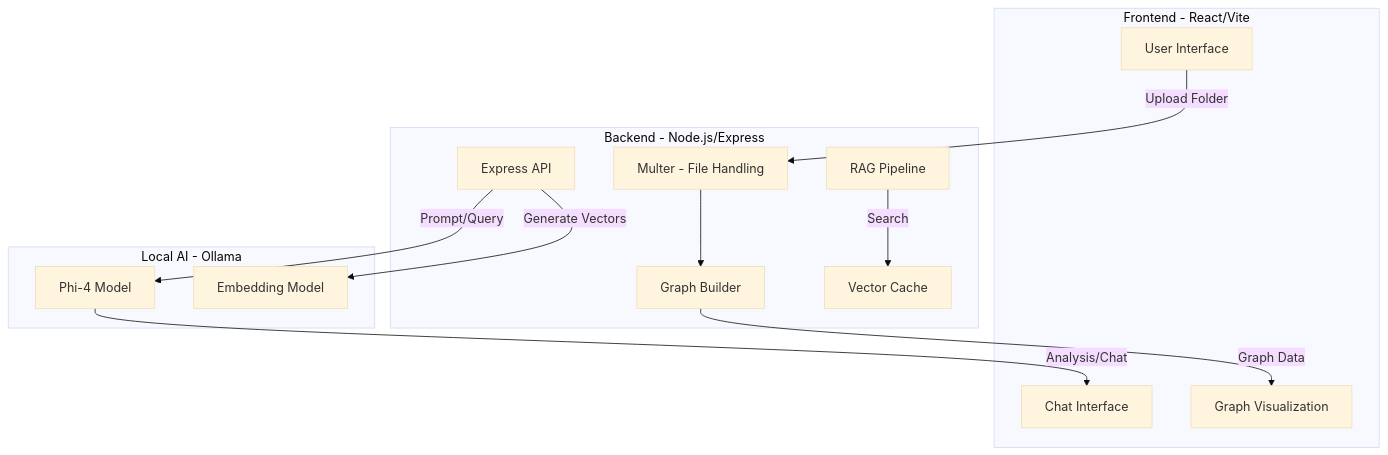
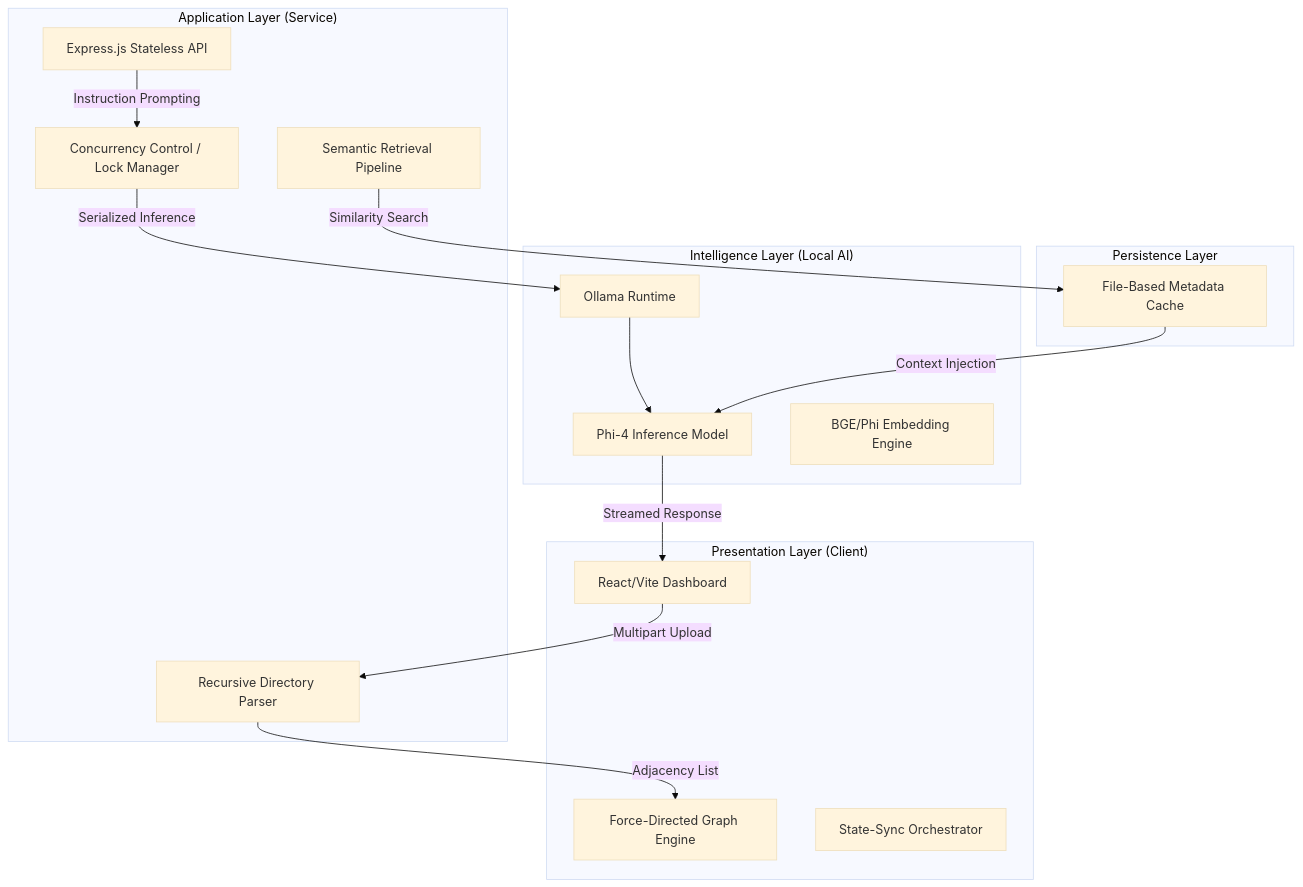
Before and after one commit to peeyush1278/File-to-Graph: the diagram in README.md, drawn with Mermaid (base theme). The commit also changed other lines of this file and 2 other files, not shown here.

Commit message:
docs: upgrade README with advanced architecture and technical implementation details

````diff
--- a/README.md
+++ b/README.md
@@ -21,29 +13,35 @@
 ```mermaid
 graph TD
-    subgraph Frontend [Frontend - React/Vite]
-        UI[User Interface]
-        GV[Graph Visualization]
-        CH[Chat Interface]
+    subgraph "Presentation Layer (Client)"
+        UI[React/Vite Dashboard]
+        FDG[Force-Directed Graph Engine]
+        SOC[State-Sync Orchestrator]
     end
 
-    subgraph Backend [Backend - Node.js/Express]
-        API[Express API]
-        MU[Multer - File Handling]
-        GB[Graph Builder]
-        RP[RAG Pipeline]
-        VC[Vector Cache]
+    subgraph "Application Layer (Service)"
+        API[Express.js Stateless API]
+        MUTEX[Concurrency Control / Lock Manager]
+        RAG[Semantic Retrieval Pipeline]
+        PARSER[Recursive Directory Parser]
     end
 
-    subgraph AI [Local AI - Ollama]
-        PM[Phi-4 Model]
-        EM[Embedding Model]
+    subgraph "Intelligence Layer (Local AI)"
+        OLLAMA[Ollama Runtime]
+        PHI4[Phi-4 Inference Model]
+        EMB[BGE/Phi Embedding Engine]
     end
 
-    UI -->|Upload Folder| MU
-    MU --> GB
-    GB -->|Graph Data| GV
-    API -->|Prompt/Query| PM
-    API -->|Generate Vectors| EM
-    RP -->|Search| VC
-    PM -->|Analysis/Chat| CH
+    subgraph "Persistence Layer"
+        CACHE[File-Based Metadata Cache]
+    end
+
+    %% Data Flows
+    UI -->|Multipart Upload| PARSER
+    PARSER -->|Adjacency List| FDG
+    API -->|Instruction Prompting| MUTEX
+    MUTEX -->|Serialized Inference| OLLAMA
+    OLLAMA --> PHI4
+    RAG -->|Similarity Search| CACHE
+    CACHE -->|Context Injection| PHI4
+    PHI4 -->|Streamed Response| UI
 ```
````
